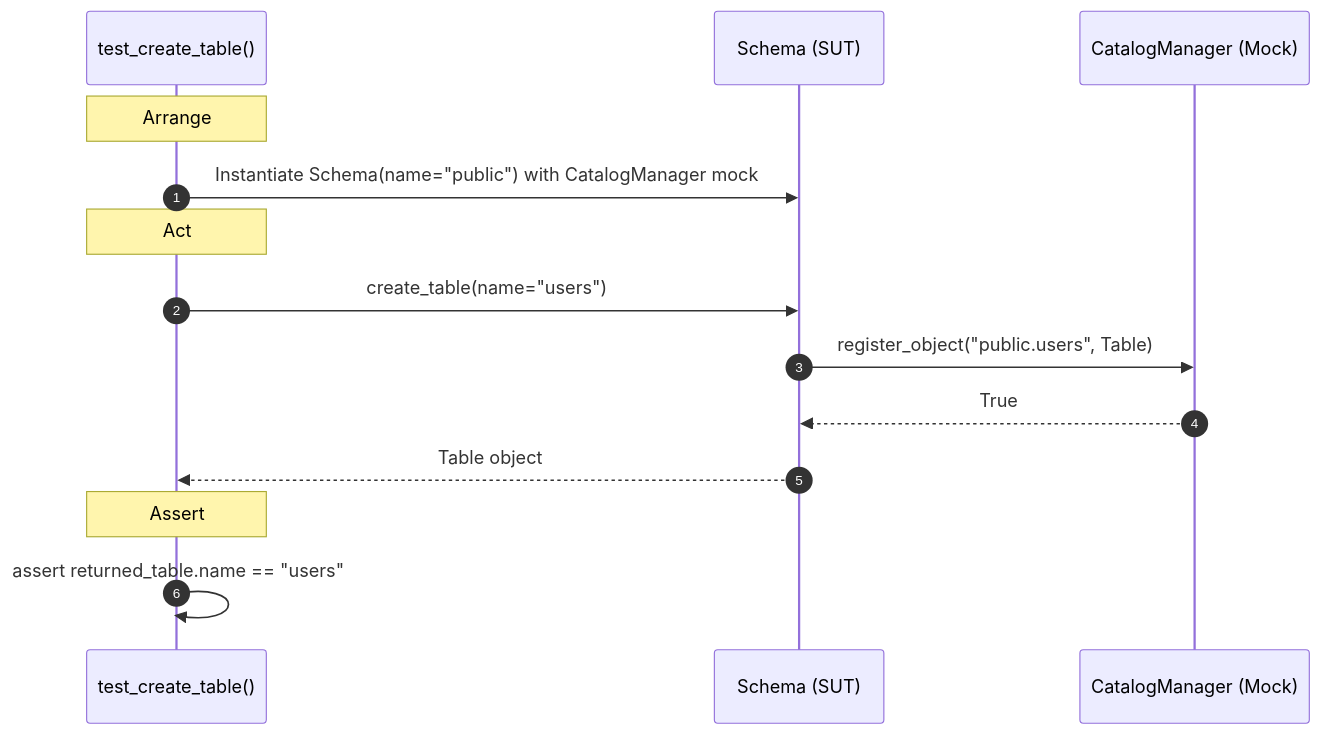
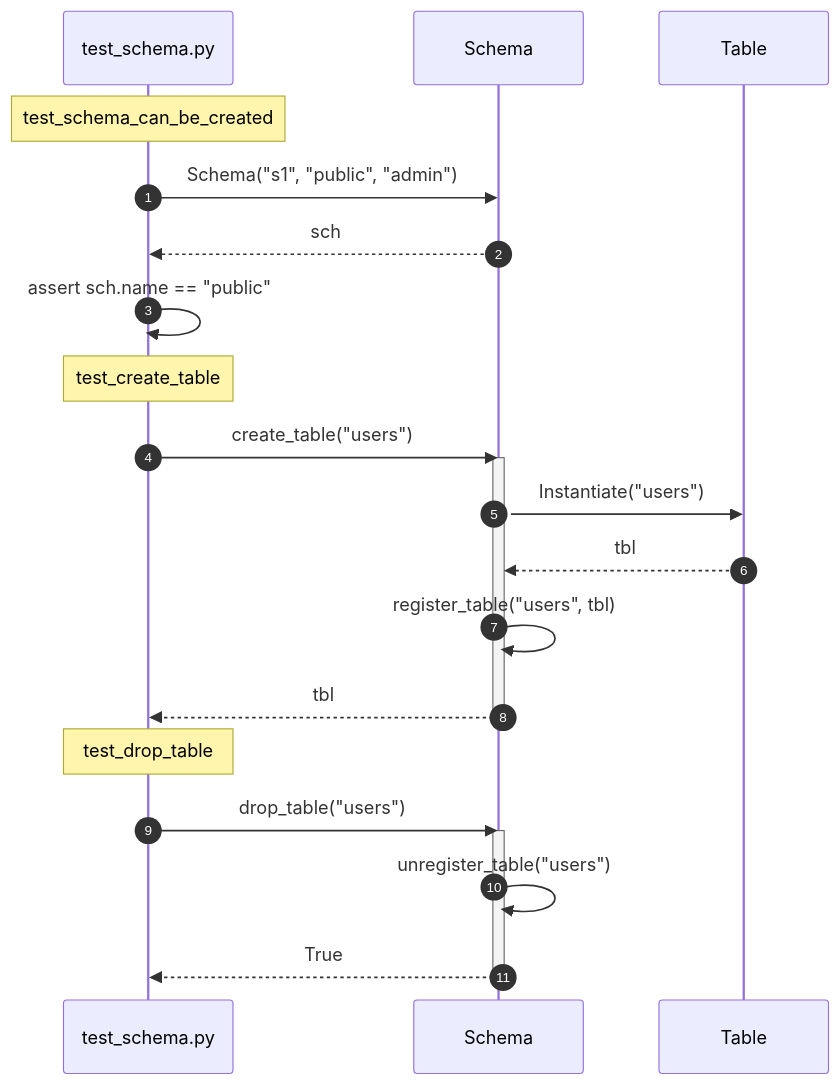
Before and after one commit to taitran501/DBMS: diagram 12 of 16 in diagrams/sequence/database_object.md, drawn with Mermaid. The commit also changed other lines of this file and 5 other files, not shown here.

Commit message:
docs: udpate sequence unit test diagrams

````diff
--- a/diagrams/sequence/database_object.md
+++ b/diagrams/sequence/database_object.md
@@ -35,19 +431,28 @@
 ```mermaid
 sequenceDiagram
     autonumber
-    participant Test as test_create_table()
-    participant Schema as Schema (SUT)
-    participant Catalog as CatalogManager (Mock)
+    participant Test as test_schema.py
+    participant SUT as Schema
+    participant Table as Table
 
-    Note over Test: Arrange
-    Test->>Schema: Instantiate Schema(name="public") with CatalogManager mock
+    Note over Test: test_schema_can_be_created
+    Test->>SUT: Schema("s1", "public", "admin")
+    SUT-->>Test: sch
+    Test->>Test: assert sch.name == "public"
 
-    Note over Test: Act
-    Test->>Schema: create_table(name="users")
-    Schema->>Catalog: register_object("public.users", Table)
-    Catalog-->>Schema: True
-    Schema-->>Test: Table object
+    Note over Test: test_create_table
+    Test->>SUT: create_table("users")
+    activate SUT
+    SUT->>Table: Instantiate("users")
+    Table-->>SUT: tbl
+    SUT->>SUT: register_table("users", tbl)
+    SUT-->>Test: tbl
+    deactivate SUT
 
-    Note over Test: Assert
-    Test->>Test: assert returned_table.name == "users"
+    Note over Test: test_drop_table
+    Test->>SUT: drop_table("users")
+    activate SUT
+    SUT->>SUT: unregister_table("users")
+    SUT-->>Test: True
+    deactivate SUT
 ```
````
